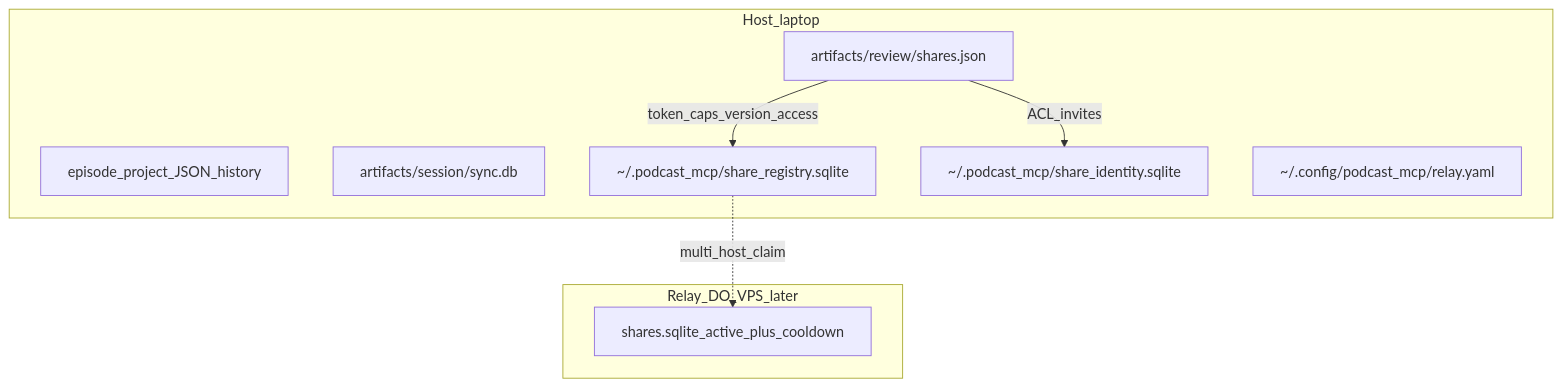
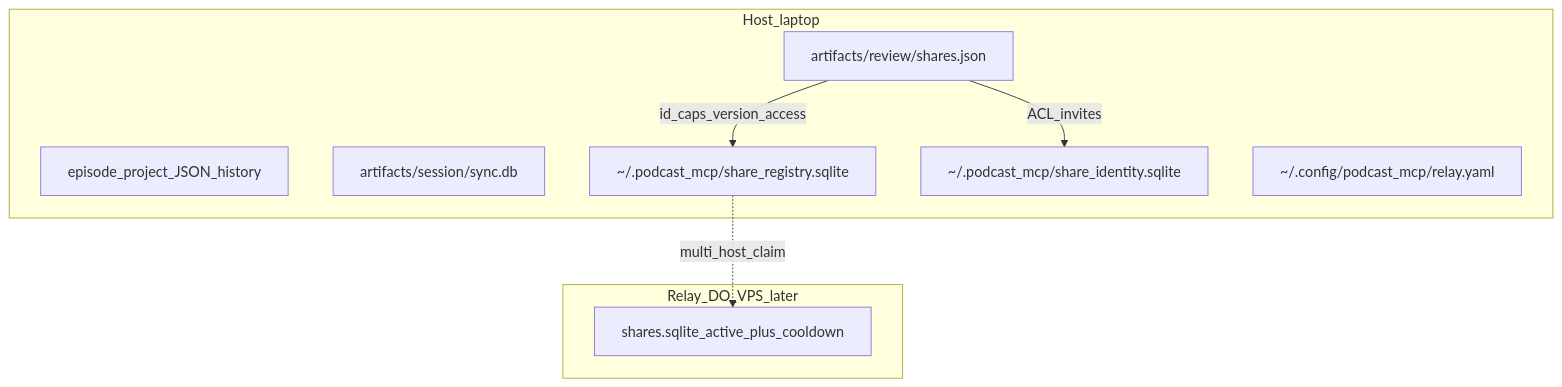
The diagram in docs/persistence.md (calebn/sharecut-studio), drawn with Mermaid before and after one commit. The commit also changed other lines of this file and 8 other files, not shown here.

````diff
--- a/docs/persistence.md
+++ b/docs/persistence.md
@@ -41,17 +41,17 @@
 ```mermaid
 flowchart TB
   subgraph host [Host_laptop]
     proj[episode_project_JSON_history]
     syncDb[artifacts/session/sync.db]
     shareJson[artifacts/review/shares.json]
     shareReg["~/.podcast_mcp/share_registry.sqlite"]
     shareId["~/.podcast_mcp/share_identity.sqlite"]
     relayCfg["~/.config/podcast_mcp/relay.yaml"]
   end
   subgraph relayFuture [Relay_DO_VPS_later]
     relayDb[shares.sqlite_active_plus_cooldown]
   end
-  shareJson -->|token_caps_version_access| shareReg
+  shareJson -->|id_caps_version_access| shareReg
   shareJson -->|ACL_invites| shareId
   shareReg -.->|multi_host_claim| relayDb
 ```
````
